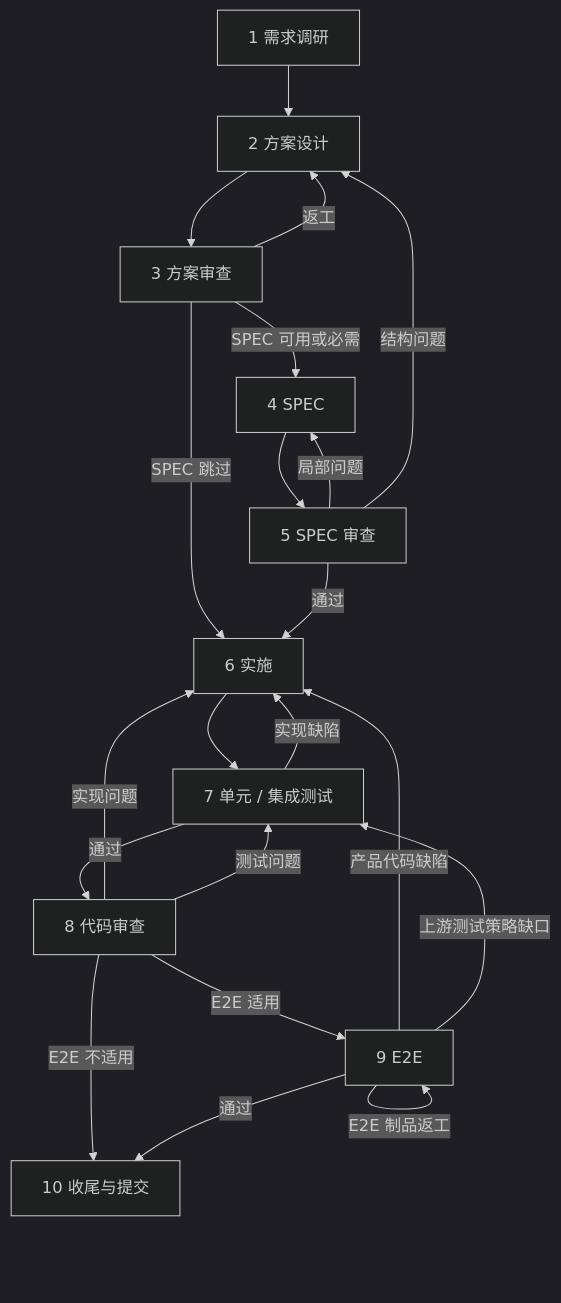
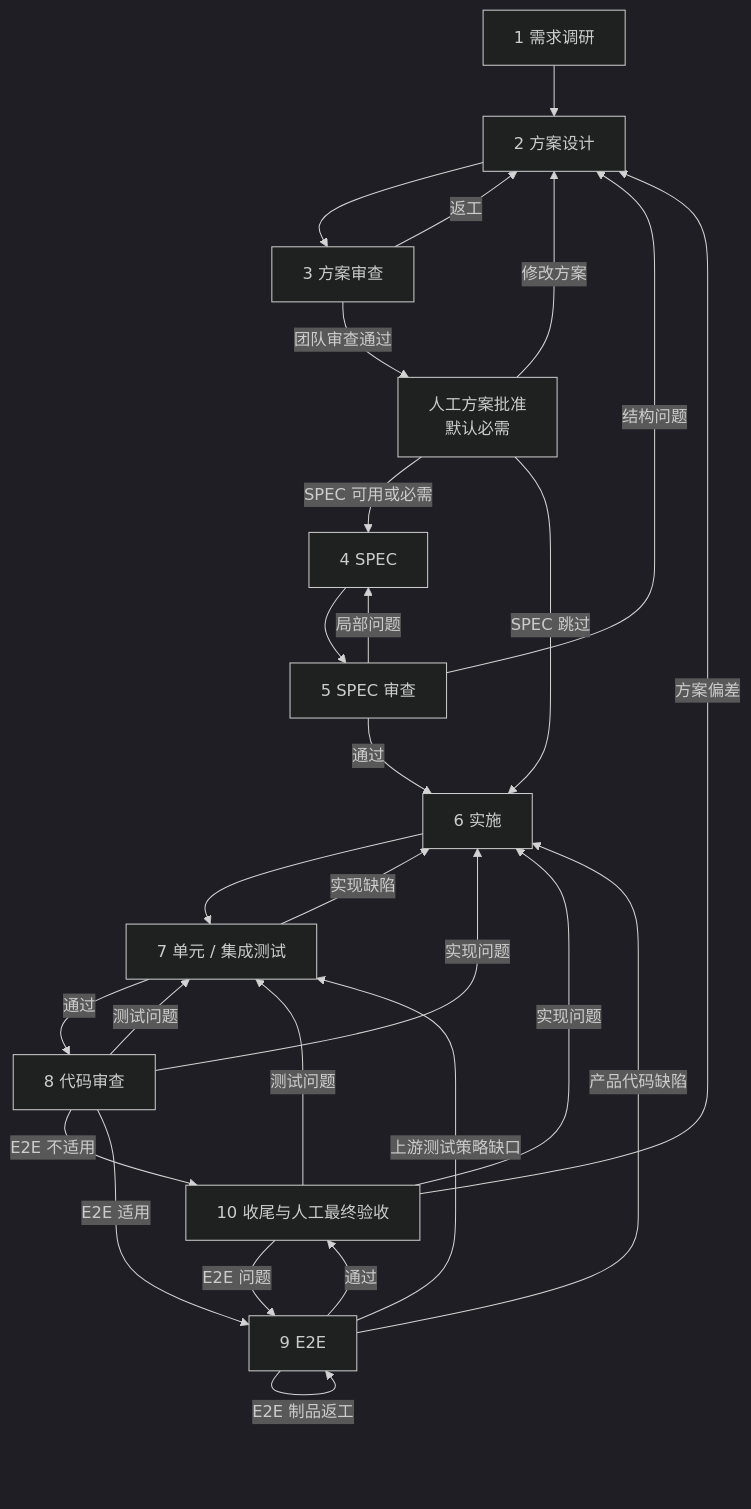
One commit to liyangink/team-work-runtime changed the second of 3 diagrams in README.md. Above: the diagram before and after it, drawn with Mermaid (dark theme). The commit also changed other lines of this file and 23 other files, not shown here.

````diff
--- a/README.md
+++ b/README.md
@@ -145,23 +145,29 @@
 ```mermaid
 flowchart TB
   R["1 需求调研"] --> D["2 方案设计"]
   D --> DR["3 方案审查"]
   DR -- "返工" --> D
-  DR -- "SPEC 可用或必需" --> S["4 SPEC"]
-  DR -- "SPEC 跳过" --> I["6 实施"]
+  DR -- "团队审查通过" --> DA["人工方案批准<br/>默认必需"]
+  DA -- "修改方案" --> D
+  DA -- "SPEC 可用或必需" --> S["4 SPEC"]
+  DA -- "SPEC 跳过" --> I["6 实施"]
   S --> SR["5 SPEC 审查"]
   SR -- "局部问题" --> S
   SR -- "结构问题" --> D
   SR -- "通过" --> I
   I --> T["7 单元 / 集成测试"]
   T -- "实现缺陷" --> I
   T -- "通过" --> CR["8 代码审查"]
   CR -- "实现问题" --> I
   CR -- "测试问题" --> T
-  CR -- "E2E 不适用" --> F["10 收尾与提交"]
+  CR -- "E2E 不适用" --> F["10 收尾与人工最终验收"]
   CR -- "E2E 适用" --> E["9 E2E"]
   E -- "E2E 制品返工" --> E
   E -- "产品代码缺陷" --> I
   E -- "上游测试策略缺口" --> T
   E -- "通过" --> F
+  F -- "方案偏差" --> D
+  F -- "实现问题" --> I
+  F -- "测试问题" --> T
+  F -- "E2E 问题" --> E
 ```
````
